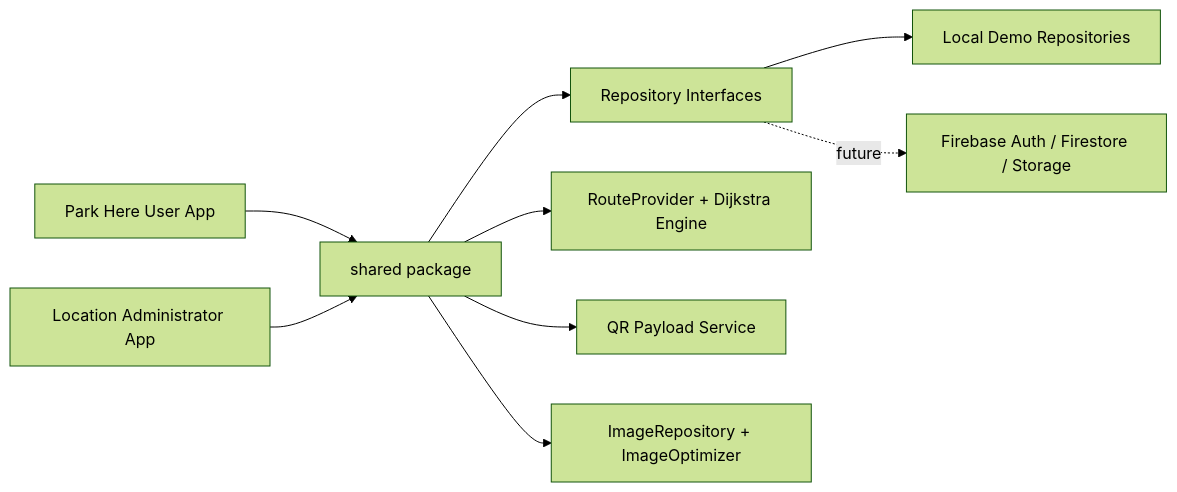
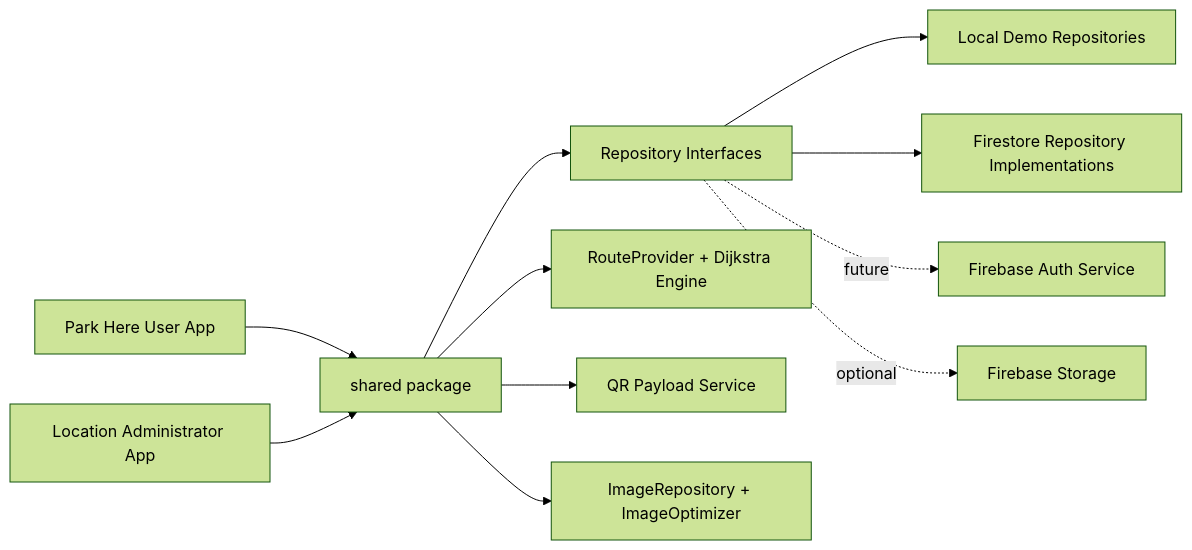
One commit to snehil-pandey/smart-parking-occupancy-system changed the first of 11 diagrams in docs/ARCHITECTURE.md. Above: the diagram before and after it, drawn with Mermaid (forest theme). The commit also changed other lines of this file and 3 other files, not shown here.

Commit message:
docs: refresh Firebase repository setup notes

````diff
--- a/docs/ARCHITECTURE.md
+++ b/docs/ARCHITECTURE.md
@@ -5,11 +5,13 @@
 ```mermaid
 flowchart LR
   UserApp["Park Here User App"] --> Shared["shared package"]
   AdminApp["Location Administrator App"] --> Shared
   Shared --> Repos["Repository Interfaces"]
   Repos --> Local["Local Demo Repositories"]
-  Repos -. future .-> Firebase["Firebase Auth / Firestore / Storage"]
+  Repos --> Firestore["Firestore Repository Implementations"]
+  Repos -. future .-> FirebaseAuth["Firebase Auth Service"]
+  Repos -. optional .-> Storage["Firebase Storage"]
   Shared --> Routing["RouteProvider + Dijkstra Engine"]
   Shared --> QR["QR Payload Service"]
   Shared --> Images["ImageRepository + ImageOptimizer"]
 ```
````
